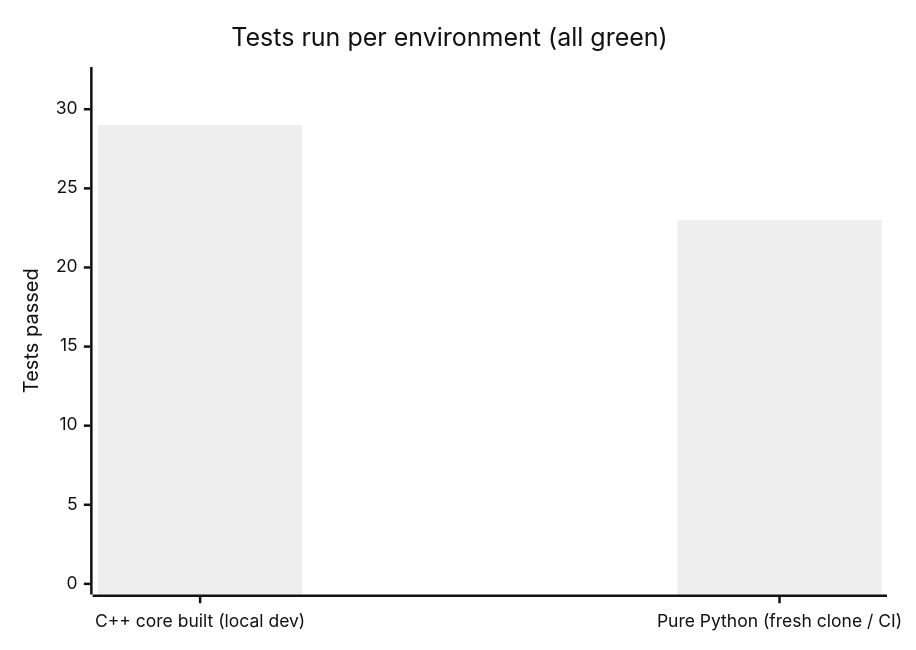
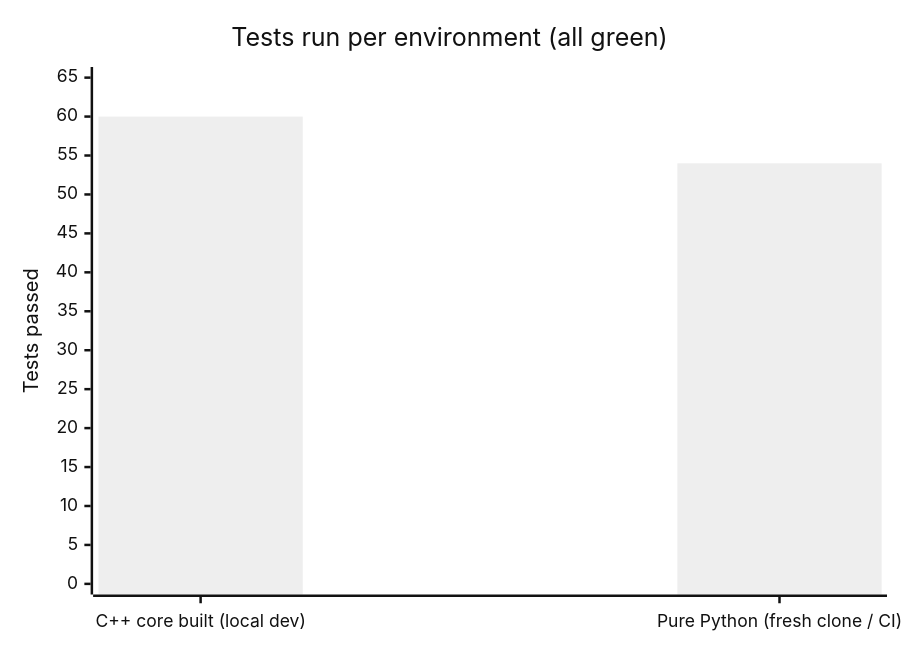
One commit to Debajit753/nullkey changed the second of 3 diagrams in docs/TESTING.md. Above: the diagram before and after it, drawn with Mermaid (neutral theme). The commit also changed other lines of this file and 10 other files, not shown here.

````diff
--- a/docs/TESTING.md
+++ b/docs/TESTING.md
@@ -48,7 +54,7 @@
 ```mermaid
 xychart-beta
     title "Tests run per environment (all green)"
     x-axis ["C++ core built (local dev)", "Pure Python (fresh clone / CI)"]
-    y-axis "Tests passed" 0 --> 32
-    bar [29, 23]
+    y-axis "Tests passed" 0 --> 65
+    bar [60, 54]
 ```
````
